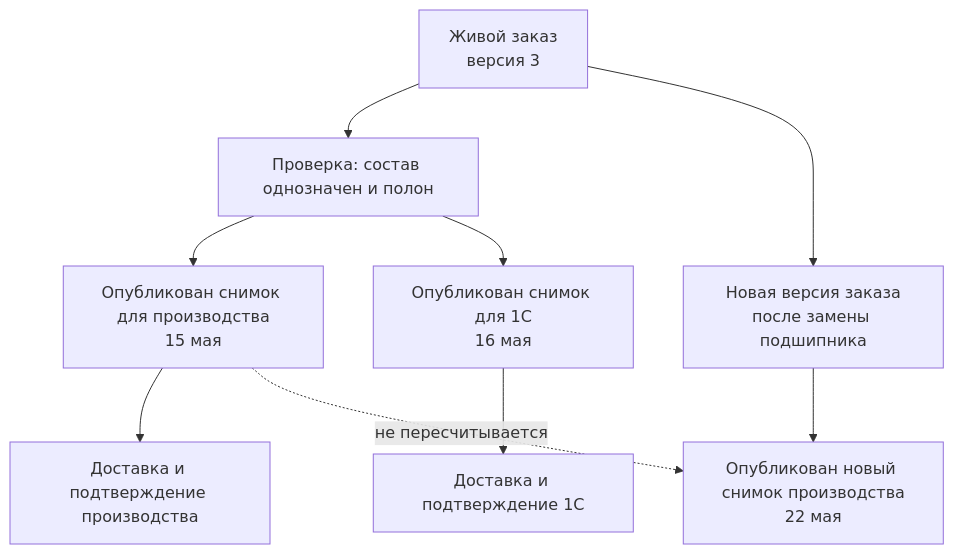
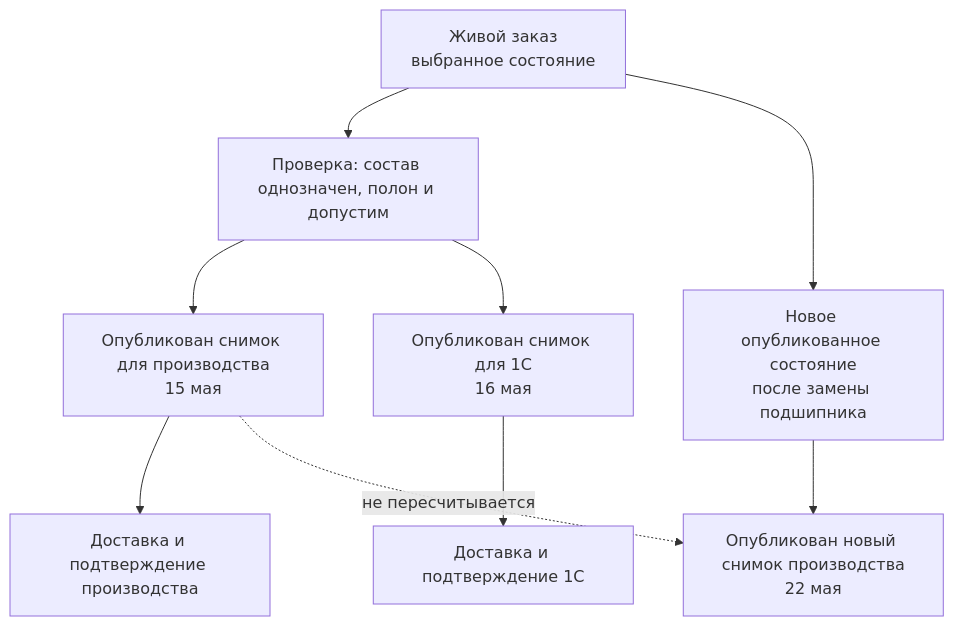
The diagram in wiki/Order-exact-publication.md (ZelAnton/Interlink-product-book), drawn with Mermaid before and after one commit. The commit also changed other lines of this file and 231 other files, not shown here.

````diff
--- a/wiki/Order-exact-publication.md
+++ b/wiki/Order-exact-publication.md
@@ -11,11 +13,11 @@
 ```mermaid
 flowchart TD
-    A["Живой заказ<br/>версия 3"] --> B["Проверка: состав однозначен и полон"]
+    A["Живой заказ<br/>выбранное состояние"] --> B["Проверка: состав однозначен, полон и допустим"]
     B --> C["Опубликован снимок для производства<br/>15 мая"]
     C --> C1["Доставка и подтверждение производства"]
     B --> D["Опубликован снимок для 1С<br/>16 мая"]
     D --> D1["Доставка и подтверждение 1С"]
-    A --> E["Новая версия заказа<br/>после замены подшипника"]
+    A --> E["Новое опубликованное состояние<br/>после замены подшипника"]
     E --> F["Опубликован новый снимок производства<br/>22 мая"]
     C -.->|"не пересчитывается"| F
 ```
````
